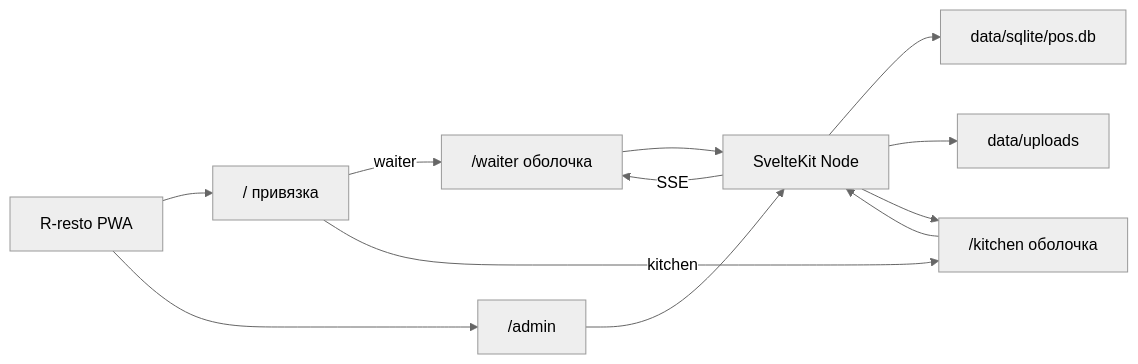
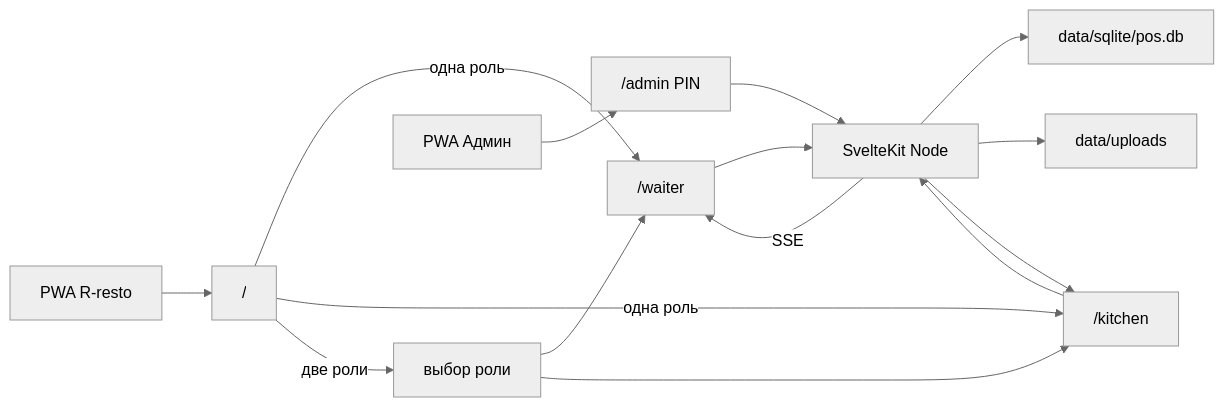
The first of 2 diagrams in plans/ARCHITECTURE.md (Rabdan/r-resto), drawn with Mermaid (neutral theme) before and after one commit. The commit also changed other lines of this file and 65 other files, not shown here.

````diff
--- a/plans/ARCHITECTURE.md
+++ b/plans/ARCHITECTURE.md
@@ -18,14 +18,17 @@
 ```mermaid
 flowchart LR
-  PWA["R-resto PWA"] --> Bind["/ привязка"]
-  Bind -->|"waiter"| Waiter["/waiter оболочка"]
-  Bind -->|"kitchen"| Kitchen["/kitchen оболочка"]
-  PWA --> Admin["/admin"]
+  PosPwa["PWA R-resto"] --> Home["/"]
+  Home -->|"одна роль"| Waiter["/waiter"]
+  Home -->|"одна роль"| Kitchen["/kitchen"]
+  Home -->|"две роли"| Pick["выбор роли"]
+  Pick --> Waiter
+  Pick --> Kitchen
+  AdminPwa["PWA Админ"] --> Admin["/admin PIN"]
   Waiter --> SK["SvelteKit Node"]
   Kitchen --> SK
   Admin --> SK
   SK --> DB["data/sqlite/pos.db"]
   SK --> Files["data/uploads"]
   SK -->|"SSE"| Waiter
   SK --> Kitchen
 ```
````
